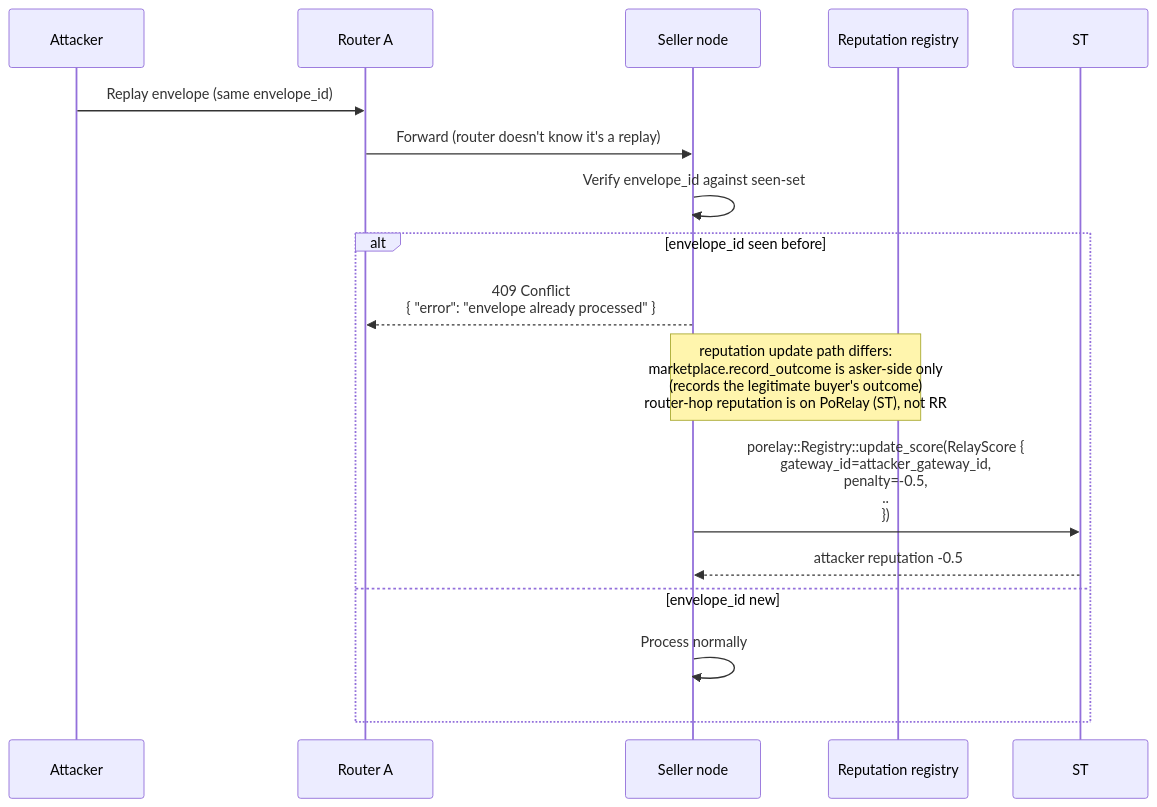
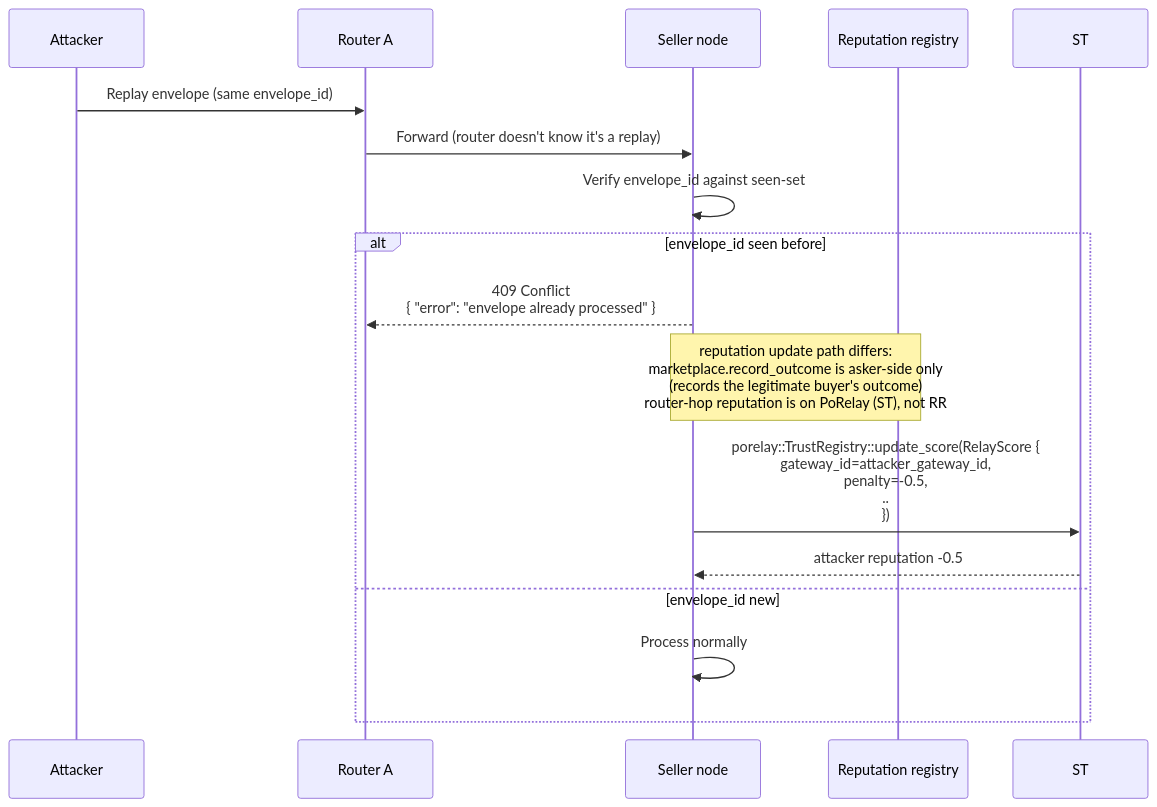
Diagram 11 of 14 in docs/architecture/end-to-end-scenarios.md (CipherOcto/cipherocto), drawn with Mermaid before and after one commit. The commit also changed other lines of this file, not shown here.

First line of the commit message:
docs(architecture): round 8 review fixes (cents→micro_octo_w, TrustRegistry, MaxPerTx tuple, markdown)

````diff
--- a/docs/architecture/end-to-end-scenarios.md
+++ b/docs/architecture/end-to-end-scenarios.md
@@ -482,19 +483,19 @@
 ```mermaid
 sequenceDiagram
     participant A as Attacker
     participant P1 as Router A
     participant SN as Seller node
     participant RR as Reputation registry
 
     A->>P1: Replay envelope (same envelope_id)
     P1->>SN: Forward (router doesn't know it's a replay)
     SN->>SN: Verify envelope_id against seen-set
     alt envelope_id seen before
         SN-->>P1: 409 Conflict<br/>{ "error": "envelope already processed" }
         Note over SN,RR: reputation update path differs:<br/>marketplace.record_outcome is asker-side only<br/>(records the legitimate buyer's outcome)<br/>router-hop reputation is on PoRelay (ST), not RR
-        SN->>ST: porelay::Registry::update_score(RelayScore {<br/>  gateway_id=attacker_gateway_id,<br/>  penalty=-0.5,<br/>  ..<br/>})
+        SN->>ST: porelay::TrustRegistry::update_score(RelayScore {<br/>  gateway_id=attacker_gateway_id,<br/>  penalty=-0.5,<br/>  ..<br/>})
         ST-->>SN: attacker reputation -0.5
     else envelope_id new
         SN->>SN: Process normally
     end
 ```
````
